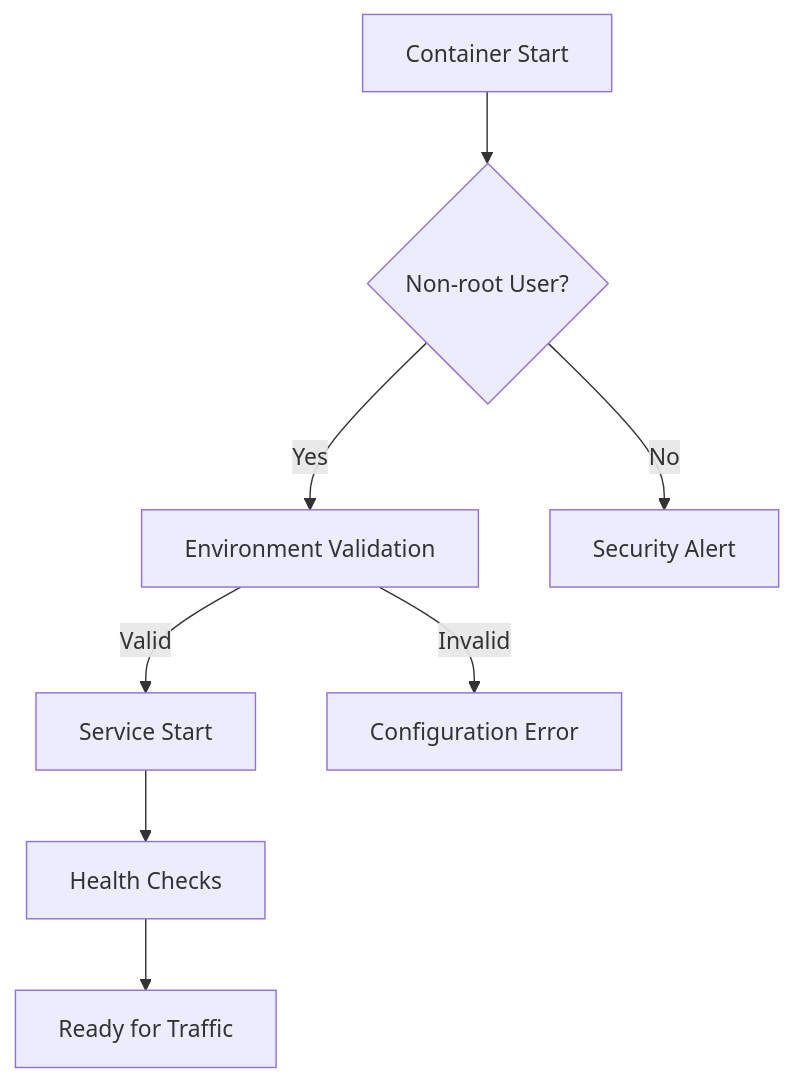
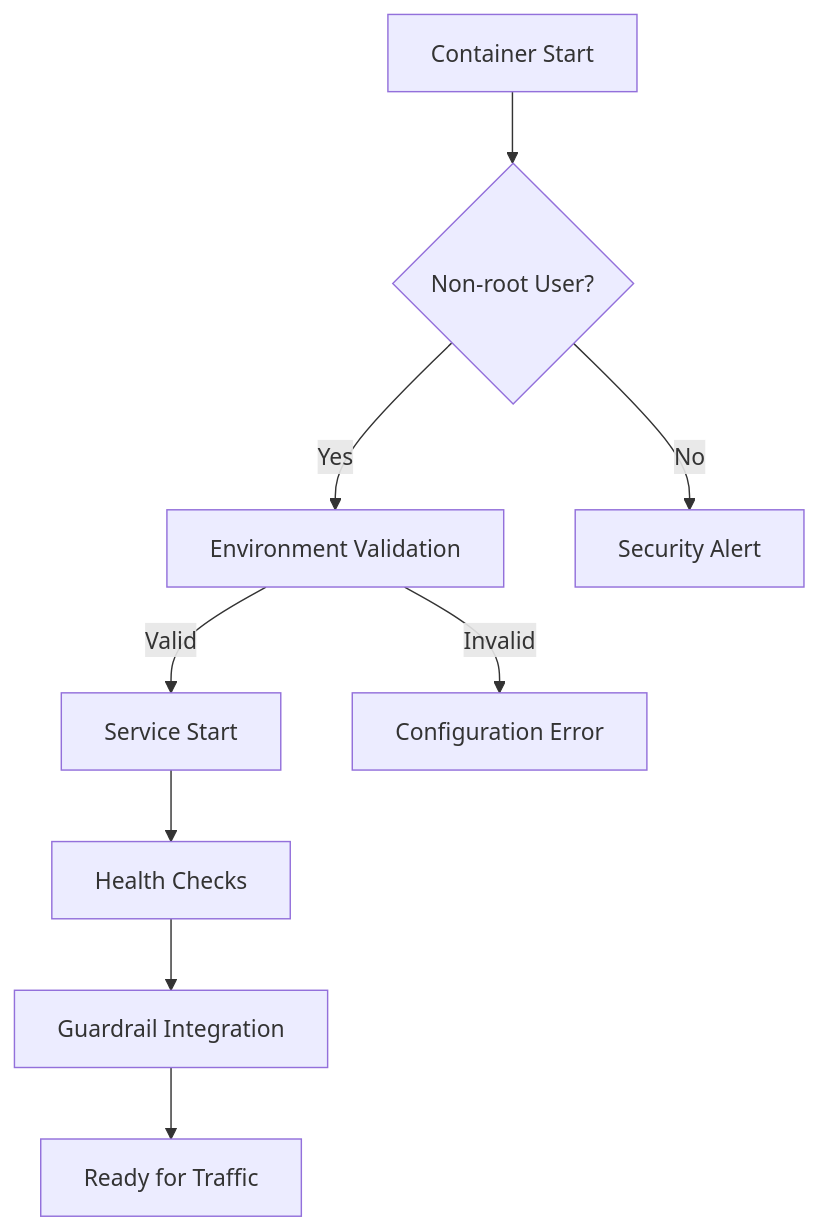
One commit to Revanththetalogics/aireume changed the eighth of 13 diagrams in .qoder/repowiki/en/content/Advanced Topics/Security Hardening/Security Hardening.md. Above: the diagram before and after it, drawn with Mermaid. The commit also changed other lines of this file and 21 other files, not shown here.

````diff
--- a/.qoder/repowiki/en/content/Advanced Topics/Security Hardening/Security Hardening.md
+++ b/.qoder/repowiki/en/content/Advanced Topics/Security Hardening/Security Hardening.md
@@ -598,10 +683,11 @@
 ```mermaid
 flowchart TD
 Container["Container Start"] --> UserCheck{"Non-root User?"}
 UserCheck --> |Yes| EnvCheck["Environment Validation"]
 UserCheck --> |No| SecurityAlert["Security Alert"]
 EnvCheck --> |Valid| ServiceStart["Service Start"]
 EnvCheck --> |Invalid| ConfigError["Configuration Error"]
 ServiceStart --> Health["Health Checks"]
-Health --> Ready["Ready for Traffic"]
+Health --> Guardrail["Guardrail Integration"]
+Guardrail --> Ready["Ready for Traffic"]
 ```
````
